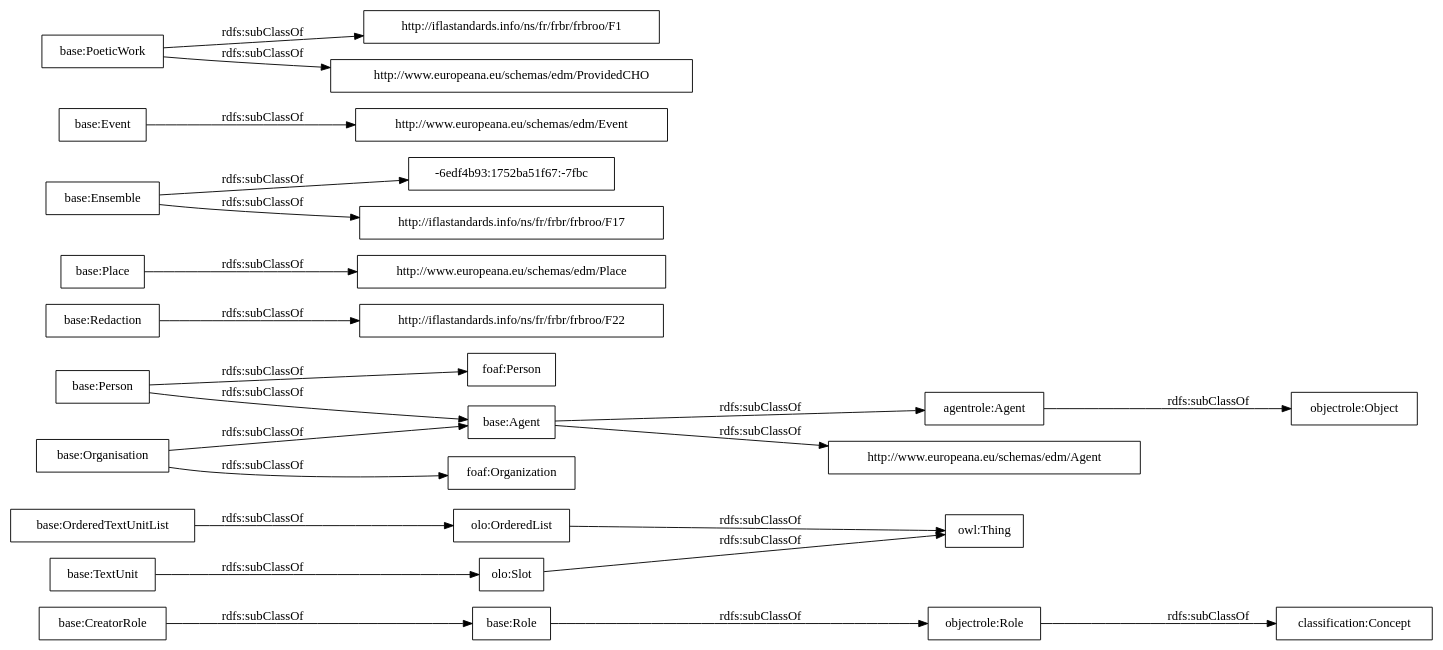
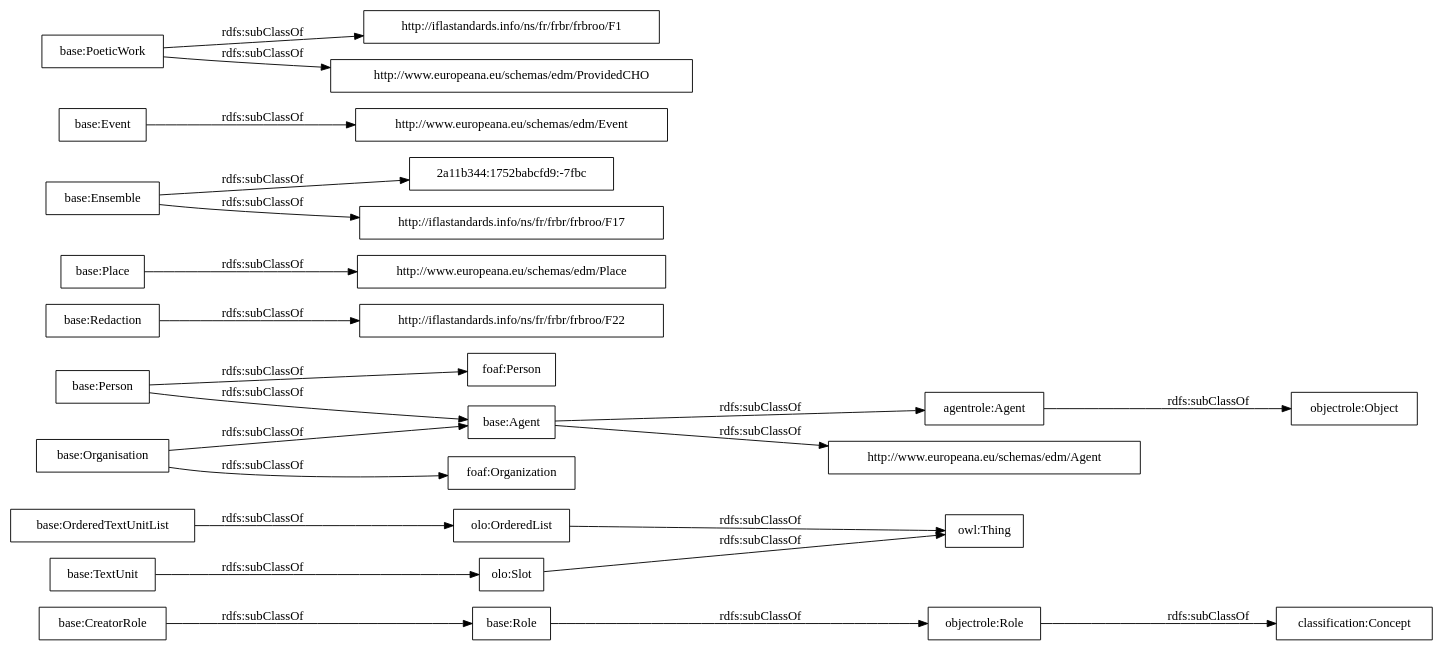
The diagram in OnToology/postdata-core.owl/diagrams/ar2dtool-taxonomy/postdata-core.owl.png.dot (OnToologyUser/core-ontology-1), drawn with Graphviz before and after one commit. The commit also changed 14 other files, not shown here.

```diff
--- a/OnToology/postdata-core.owl/diagrams/ar2dtool-taxonomy/postdata-core.owl.png.dot
+++ b/OnToology/postdata-core.owl/diagrams/ar2dtool-taxonomy/postdata-core.owl.png.dot
@@ -1,27 +1,27 @@
 digraph ar2dtool_diagram { 
 rankdir=LR;
 size="1000"
-node [shape = rectangle, color="black"]; "base:Role" "base:OrderedTextUnitList" "agentrole:Agent" "http://iflastandards.info/ns/fr/frbr/frbroo/F22" "http://www.europeana.eu/schemas/edm/Agent" "base:Agent" "base:CreatorRole" "base:Person" "base:Organisation" "http://www.europeana.eu/schemas/edm/Place" "base:Redaction" "base:Ensemble" "foaf:Person" "-6edf4b93:1752ba51f67:-7fbc" "http://www.europeana.eu/schemas/edm/Event" "base:TextUnit" "http://iflastandards.info/ns/fr/frbr/frbroo/F1" "foaf:Organization" "http://www.europeana.eu/schemas/edm/ProvidedCHO" "base:Place" "base:Event" "base:PoeticWork" "http://iflastandards.info/ns/fr/frbr/frbroo/F17" "owl:Thing" "objectrole:Role" "objectrole:Object" "olo:Slot" "olo:OrderedList" "classification:Concept" ; /*classes style*/
+node [shape = rectangle, color="black"]; "base:Role" "base:OrderedTextUnitList" "agentrole:Agent" "http://iflastandards.info/ns/fr/frbr/frbroo/F22" "http://www.europeana.eu/schemas/edm/Agent" "base:Agent" "base:CreatorRole" "base:Person" "base:Organisation" "http://www.europeana.eu/schemas/edm/Place" "base:Redaction" "base:Ensemble" "foaf:Person" "http://www.europeana.eu/schemas/edm/Event" "base:TextUnit" "http://iflastandards.info/ns/fr/frbr/frbroo/F1" "foaf:Organization" "http://www.europeana.eu/schemas/edm/ProvidedCHO" "base:Place" "base:Event" "2a11b344:1752babcfd9:-7fbc" "base:PoeticWork" "http://iflastandards.info/ns/fr/frbr/frbroo/F17" "owl:Thing" "objectrole:Role" "objectrole:Object" "olo:Slot" "olo:OrderedList" "classification:Concept" ; /*classes style*/
 	"base:Redaction" -> "http://iflastandards.info/ns/fr/frbr/frbroo/F22" [ label = "rdfs:subClassOf" ];
 	"base:Role" -> "objectrole:Role" [ label = "rdfs:subClassOf" ];
 	"base:Event" -> "http://www.europeana.eu/schemas/edm/Event" [ label = "rdfs:subClassOf" ];
 	"base:Person" -> "foaf:Person" [ label = "rdfs:subClassOf" ];
 	"base:Person" -> "base:Agent" [ label = "rdfs:subClassOf" ];
 	"olo:OrderedList" -> "owl:Thing" [ label = "rdfs:subClassOf" ];
 	"olo:Slot" -> "owl:Thing" [ label = "rdfs:subClassOf" ];
 	"base:PoeticWork" -> "http://www.europeana.eu/schemas/edm/ProvidedCHO" [ label = "rdfs:subClassOf" ];
 	"base:PoeticWork" -> "http://iflastandards.info/ns/fr/frbr/frbroo/F1" [ label = "rdfs:subClassOf" ];
 	"base:TextUnit" -> "olo:Slot" [ label = "rdfs:subClassOf" ];
 	"agentrole:Agent" -> "objectrole:Object" [ label = "rdfs:subClassOf" ];
-	"base:Ensemble" -> "-6edf4b93:1752ba51f67:-7fbc" [ label = "rdfs:subClassOf" ];
+	"base:Ensemble" -> "2a11b344:1752babcfd9:-7fbc" [ label = "rdfs:subClassOf" ];
 	"base:Ensemble" -> "http://iflastandards.info/ns/fr/frbr/frbroo/F17" [ label = "rdfs:subClassOf" ];
 	"base:OrderedTextUnitList" -> "olo:OrderedList" [ label = "rdfs:subClassOf" ];
 	"base:Agent" -> "agentrole:Agent" [ label = "rdfs:subClassOf" ];
 	"base:Agent" -> "http://www.europeana.eu/schemas/edm/Agent" [ label = "rdfs:subClassOf" ];
 	"objectrole:Role" -> "classification:Concept" [ label = "rdfs:subClassOf" ];
 	"base:Place" -> "http://www.europeana.eu/schemas/edm/Place" [ label = "rdfs:subClassOf" ];
 	"base:Organisation" -> "foaf:Organization" [ label = "rdfs:subClassOf" ];
 	"base:Organisation" -> "base:Agent" [ label = "rdfs:subClassOf" ];
 	"base:CreatorRole" -> "base:Role" [ label = "rdfs:subClassOf" ];
 
 }
```
